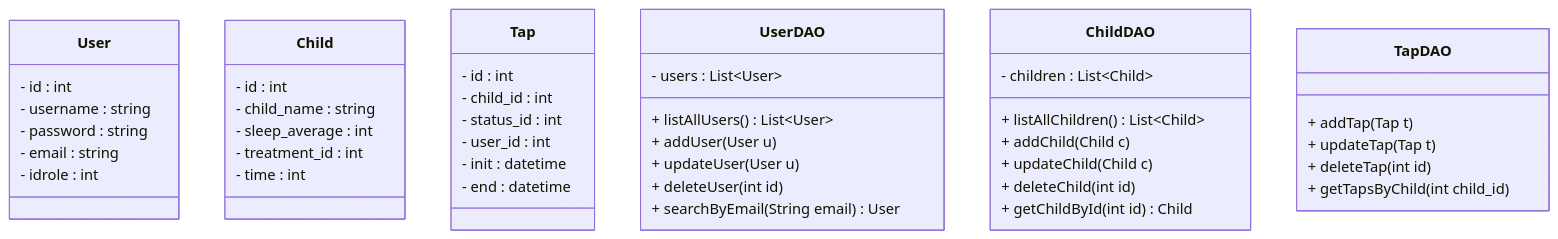
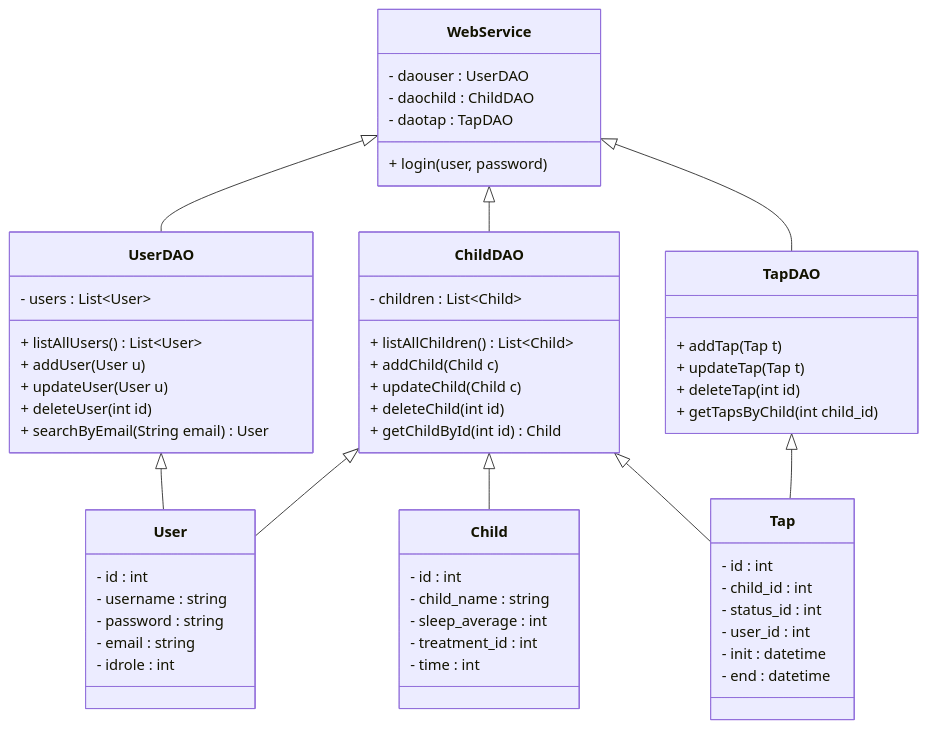
Before and after one commit to kevin18-07/entorns-25-26: the diagram in Prototip2/diagrama.mmd, drawn with Mermaid.

```diff
--- a/Prototip2/diagrama.mmd
+++ b/Prototip2/diagrama.mmd
@@ -1,51 +1,71 @@
 classDiagram
+
+class WebService {
+  - daouser : UserDAO
+  - daochild : ChildDAO
+  - daotap : TapDAO
+  + login(user, password)
+}
 
 class User {
   - id : int
   - username : string
   - password : string
   - email : string
   - idrole : int
 }
 
 class Child {
   - id : int
   - child_name : string
   - sleep_average : int
   - treatment_id : int
   - time : int
 }
 
 class Tap {
   - id : int
   - child_id : int
   - status_id : int
   - user_id : int
   - init : datetime
   - end : datetime
 }
 
 class UserDAO {
   - users : List~User~
   + listAllUsers() List~User~
   + addUser(User u)
   + updateUser(User u)
   + deleteUser(int id)
   + searchByEmail(String email) User
 }
 
 class ChildDAO {
   - children : List~Child~
   + listAllChildren() List~Child~
   + addChild(Child c)
   + updateChild(Child c)
   + deleteChild(int id)
   + getChildById(int id) Child
 }
 
 class TapDAO {
   + addTap(Tap t)
   + updateTap(Tap t)
   + deleteTap(int id)
-  + getTapsByChild(int child_id) 
+  + getTapsByChild(int child_id)
 }
+
+%% Relaciones de herencia
+WebService <|-- UserDAO
+WebService <|-- ChildDAO
+WebService <|-- TapDAO
+
+UserDAO <|-- User
+
+ChildDAO <|-- User
+ChildDAO <|-- Child
+ChildDAO <|-- Tap
+
+TapDAO <|-- Tap
```
